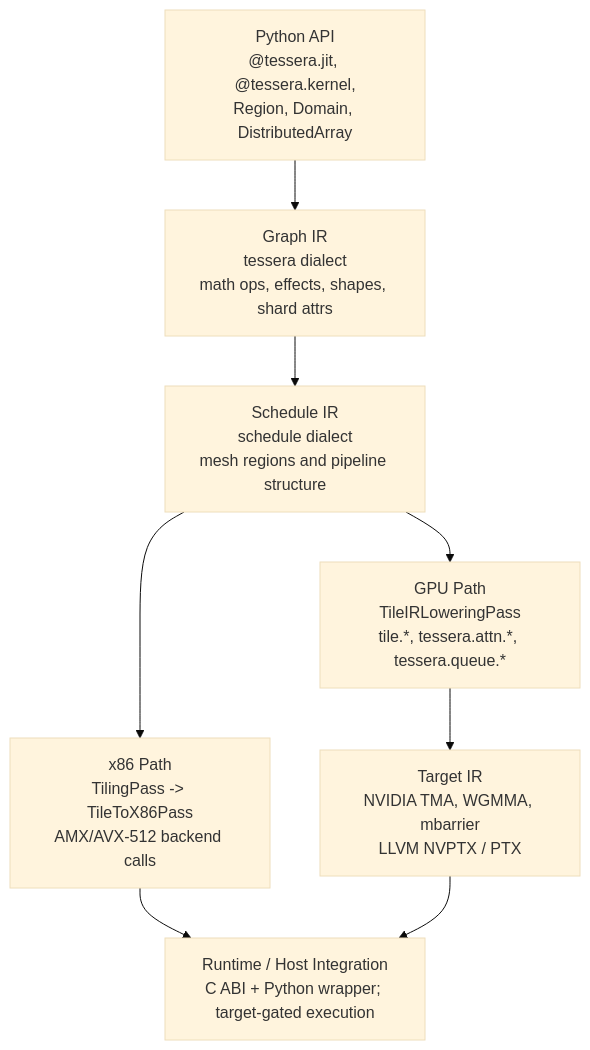
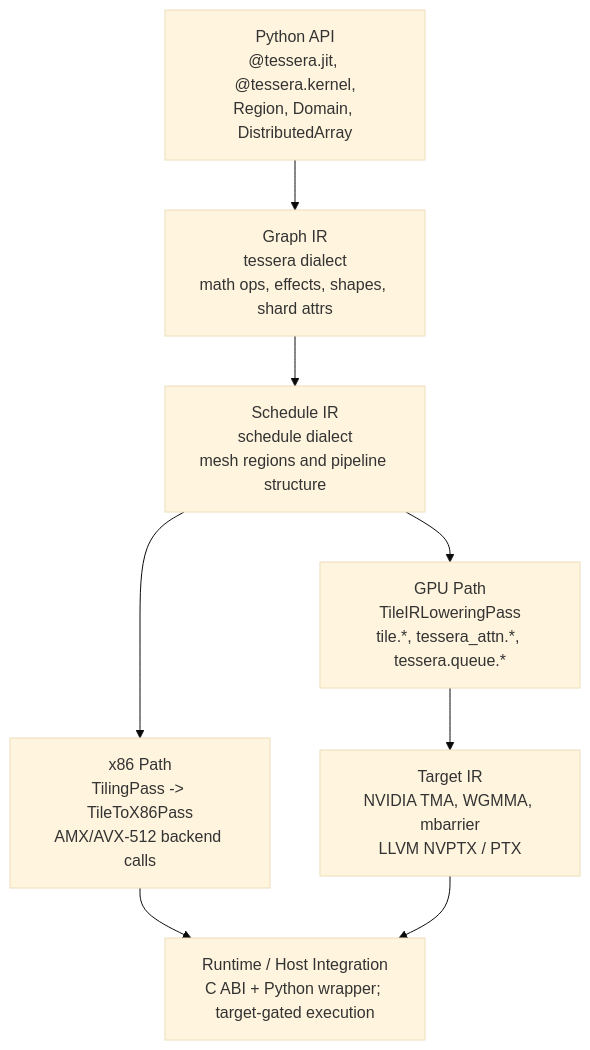
Before and after one commit to gstoner/tessera: the diagram in docs/architecture/README.md, drawn with Mermaid (base theme). The commit also changed 236 other files, not shown here.

````diff
--- a/docs/architecture/README.md
+++ b/docs/architecture/README.md
@@ -22,10 +22,10 @@
 ```mermaid
 flowchart TD
   A["Python API<br/>@tessera.jit, @tessera.kernel,<br/>Region, Domain, DistributedArray"] --> B["Graph IR<br/>tessera dialect<br/>math ops, effects, shapes, shard attrs"]
   B --> C["Schedule IR<br/>schedule dialect<br/>mesh regions and pipeline structure"]
   C --> D1["x86 Path<br/>TilingPass -> TileToX86Pass<br/>AMX/AVX-512 backend calls"]
-  C --> D2["GPU Path<br/>TileIRLoweringPass<br/>tile.*, tessera.attn.*, tessera.queue.*"]
+  C --> D2["GPU Path<br/>TileIRLoweringPass<br/>tile.*, tessera_attn.*, tessera.queue.*"]
   D2 --> E["Target IR<br/>NVIDIA TMA, WGMMA, mbarrier<br/>LLVM NVPTX / PTX"]
   D1 --> F["Runtime / Host Integration<br/>C ABI + Python wrapper; target-gated execution"]
   E --> F
 ```
````
